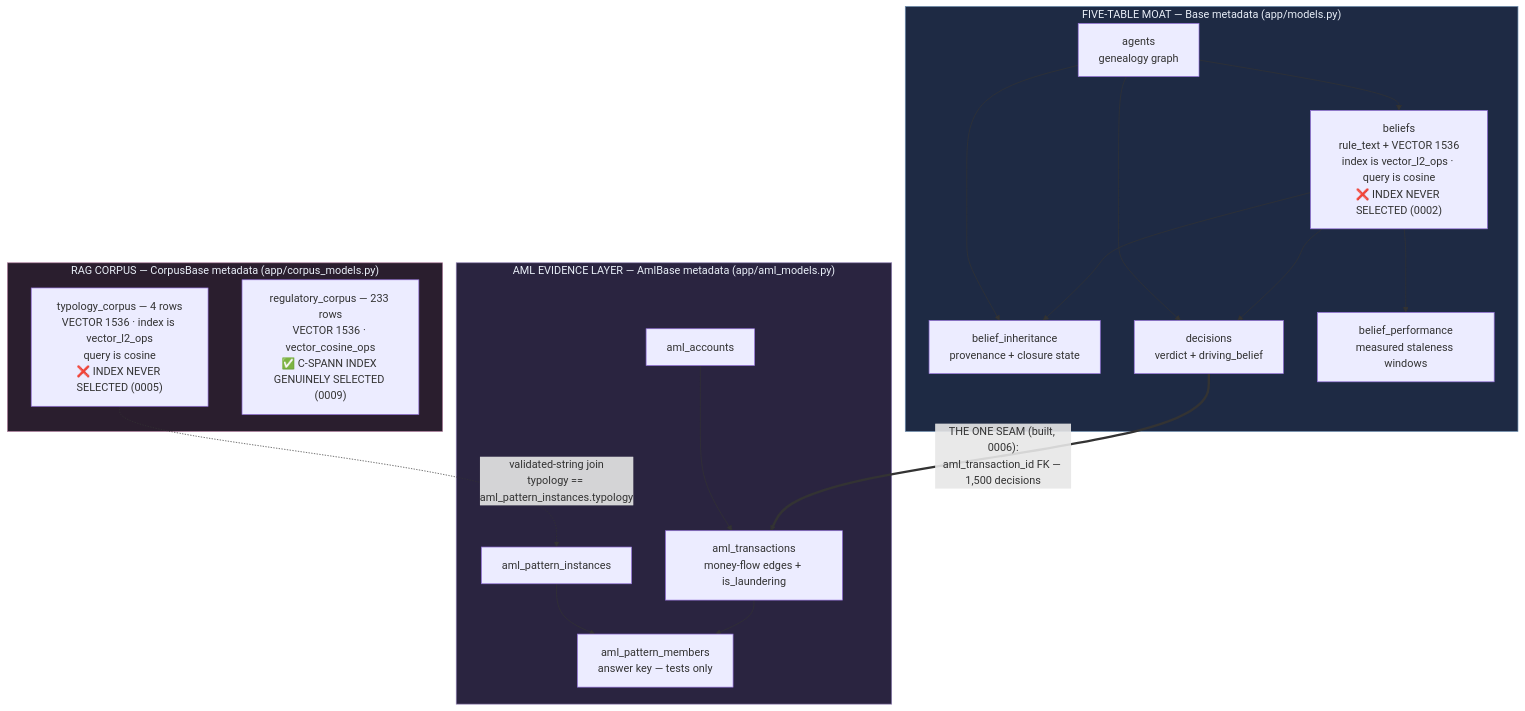
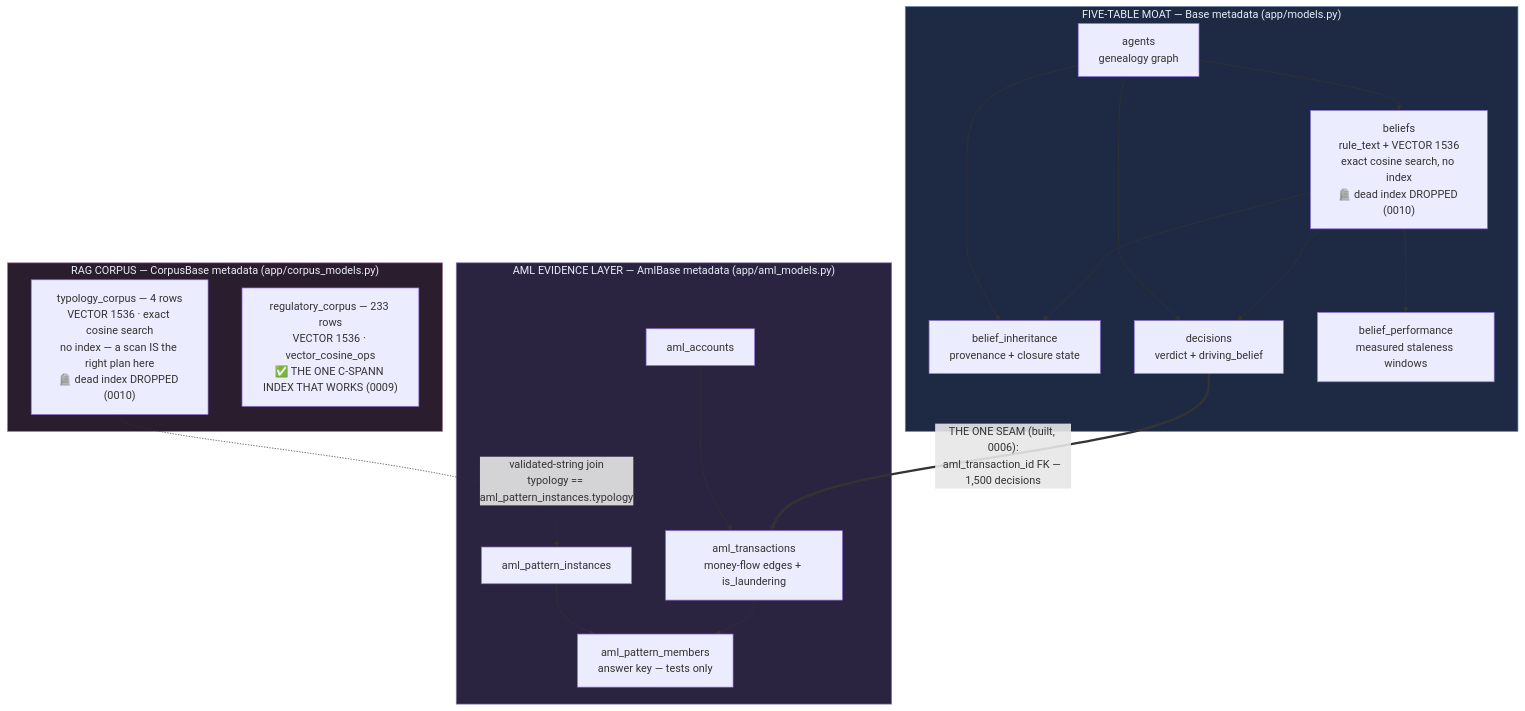
The first of 8 diagrams in ARCHITECTURE.md (Asembris/Lineage), drawn with Mermaid before and after one commit. The commit also changed other lines of this file and 1 other file, not shown here.

First line of the commit message:
docs(architecture,demo): the dropped indexes, and the fourth restore-instruction site

````diff
--- a/ARCHITECTURE.md
+++ b/ARCHITECTURE.md
@@ -34,27 +34,27 @@
 ```mermaid
 graph TB
     subgraph moat["FIVE-TABLE MOAT — Base metadata (app/models.py)"]
-        A[agents<br/>genealogy graph] --> B["beliefs<br/>rule_text + VECTOR 1536<br/>index is vector_l2_ops · query is cosine<br/>❌ INDEX NEVER SELECTED (0002)"]
+        A[agents<br/>genealogy graph] --> B["beliefs<br/>rule_text + VECTOR 1536<br/>exact cosine search, no index<br/>🪦 dead index DROPPED (0010)"]
         A --> BI[belief_inheritance<br/>provenance + closure state]
         B --> BI
         A --> D[decisions<br/>verdict + driving_belief]
         B --> D
         B --> BP[belief_performance<br/>measured staleness windows]
     end
     subgraph aml["AML EVIDENCE LAYER — AmlBase metadata (app/aml_models.py)"]
         ACC[aml_accounts] --> ATX[aml_transactions<br/>money-flow edges + is_laundering]
         API[aml_pattern_instances] --> APM[aml_pattern_members<br/>answer key — tests only]
         ATX --> APM
     end
     subgraph corpus["RAG CORPUS — CorpusBase metadata (app/corpus_models.py)"]
-        TC["typology_corpus — 4 rows<br/>VECTOR 1536 · index is vector_l2_ops<br/>query is cosine<br/>❌ INDEX NEVER SELECTED (0005)"]
-        RC["regulatory_corpus — 233 rows<br/>VECTOR 1536 · vector_cosine_ops<br/>✅ C-SPANN INDEX GENUINELY SELECTED (0009)"]
+        TC["typology_corpus — 4 rows<br/>VECTOR 1536 · exact cosine search<br/>no index — a scan IS the right plan here<br/>🪦 dead index DROPPED (0010)"]
+        RC["regulatory_corpus — 233 rows<br/>VECTOR 1536 · vector_cosine_ops<br/>✅ THE ONE C-SPANN INDEX THAT WORKS (0009)"]
     end
 
     D ==> |"THE ONE SEAM (built, 0006):<br/>aml_transaction_id FK — 1,500 decisions"| ATX
     TC -. "validated-string join<br/>typology == aml_pattern_instances.typology" .-> API
 
     style moat fill:#1e2a44,stroke:#6b8cae,color:#e8eef7
     style aml fill:#2a2440,stroke:#8c7bae,color:#e8eef7
     style corpus fill:#2a1e2e,stroke:#ae7b9c,color:#e8eef7
 ```
````
